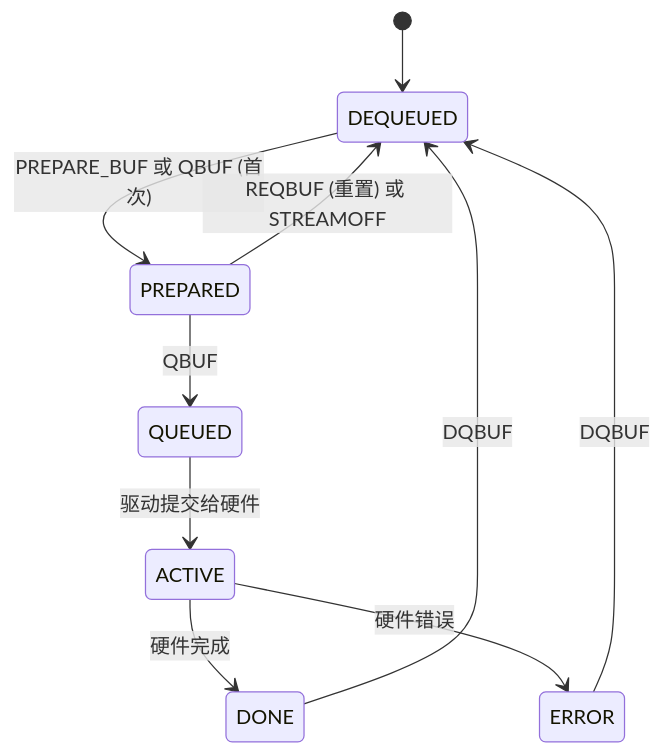
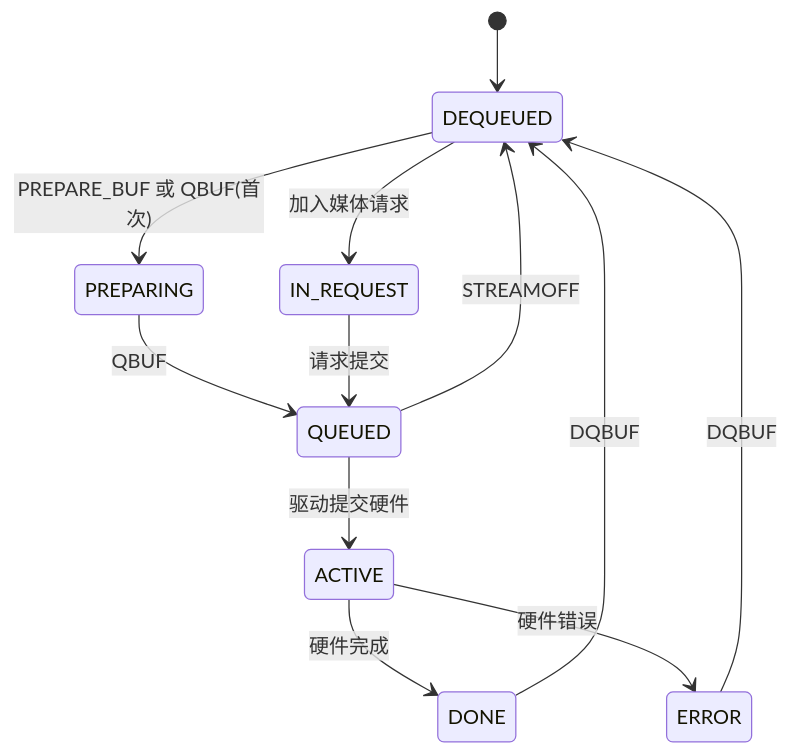
One commit to h13-0/Notebooks changed the diagram in Linux内核原理及其开发/驱动开发专题/VB2/VB2概述/VB2概述.md. Above: the diagram before and after it, drawn with Mermaid. The commit also changed other lines of this file, not shown here.

Commit message:
vault backup: 2025-07-17 14:38:55

````diff
--- a/Linux内核原理及其开发/驱动开发专题/VB2/VB2概述/VB2概述.md
+++ b/Linux内核原理及其开发/驱动开发专题/VB2/VB2概述/VB2概述.md
@@ -670,12 +670,14 @@
 ```mermaid
 stateDiagram-v2
     [*] --> DEQUEUED
-    DEQUEUED --> PREPARED: PREPARE_BUF 或 QBUF (首次)
-    PREPARED --> QUEUED: QBUF
-    QUEUED --> ACTIVE: 驱动提交给硬件
+    DEQUEUED --> PREPARING: PREPARE_BUF 或 QBUF(首次)
+    PREPARING --> QUEUED: QBUF
+    QUEUED --> ACTIVE: 驱动提交硬件
     ACTIVE --> DONE: 硬件完成
     ACTIVE --> ERROR: 硬件错误
     DONE --> DEQUEUED: DQBUF
     ERROR --> DEQUEUED: DQBUF
-    PREPARED --> DEQUEUED: REQBUF (重置) 或 STREAMOFF
+    QUEUED --> DEQUEUED: STREAMOFF
+    DEQUEUED --> IN_REQUEST: 加入媒体请求
+    IN_REQUEST --> QUEUED: 请求提交
 ```
````
